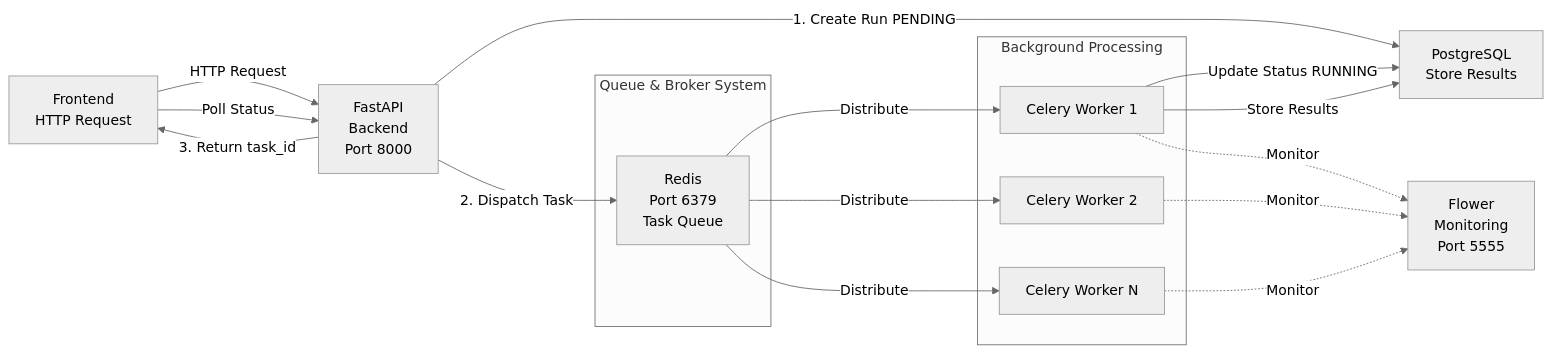
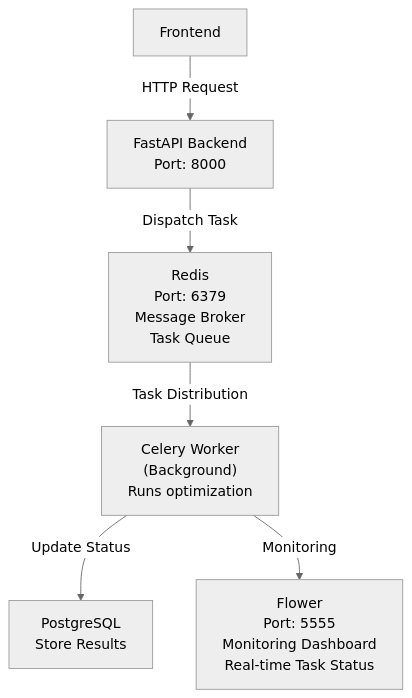
One commit to AlonLivne007/smart-scheduling changed the fifth of 5 diagrams in PRESENTATION.md. Above: the diagram before and after it, drawn with Mermaid (neutral theme). The commit also changed other lines of this file, not shown here.

````diff
--- a/PRESENTATION.md
+++ b/PRESENTATION.md
@@ -299,36 +408,15 @@
 ```mermaid
-graph LR
-    FE["Frontend<br/>HTTP Request"]
-    API["FastAPI<br/>Backend<br/>Port 8000"]
-    
-    subgraph QueueSystem["Queue & Broker System"]
-        Redis["Redis<br/>Port 6379<br/>Task Queue"]
-    end
-    
-    subgraph Workers["Background Processing"]
-        W1["Celery Worker 1"]
-        W2["Celery Worker 2"]
-        W3["Celery Worker N"]
-    end
-    
-    Monitor["Flower<br/>Monitoring<br/>Port 5555"]
-    DB["PostgreSQL<br/>Store Results"]
-    
-    FE -->|HTTP Request| API
-    API -->|1. Create Run PENDING| DB
-    API -->|2. Dispatch Task| Redis
-    API -->|3. Return task_id| FE
-    
-    Redis -->|Distribute| W1
-    Redis -->|Distribute| W2
-    Redis -->|Distribute| W3
-    
-    W1 -->|Update Status RUNNING| DB
-    W1 -->|Store Results| DB
-    
-    W1 -.->|Monitor| Monitor
-    W2 -.->|Monitor| Monitor
-    W3 -.->|Monitor| Monitor
-    
-    FE -->|Poll Status| API
+graph TB
+    Frontend["Frontend"]
+    Backend["FastAPI Backend<br/>Port: 8000"]
+    Redis["Redis<br/>Port: 6379<br/>Message Broker<br/>Task Queue"]
+    CeleryWorker["Celery Worker<br/>(Background)<br/>Runs optimization"]
+    PostgreSQL["PostgreSQL<br/>Store Results"]
+    Flower["Flower<br/>Port: 5555<br/>Monitoring Dashboard<br/>Real-time Task Status"]
+
+    Frontend -->|HTTP Request| Backend
+    Backend -->|Dispatch Task| Redis
+    Redis -->|Task Distribution| CeleryWorker
+    CeleryWorker -->|Update Status| PostgreSQL
+    CeleryWorker -->|Monitoring| Flower
 ```
````
